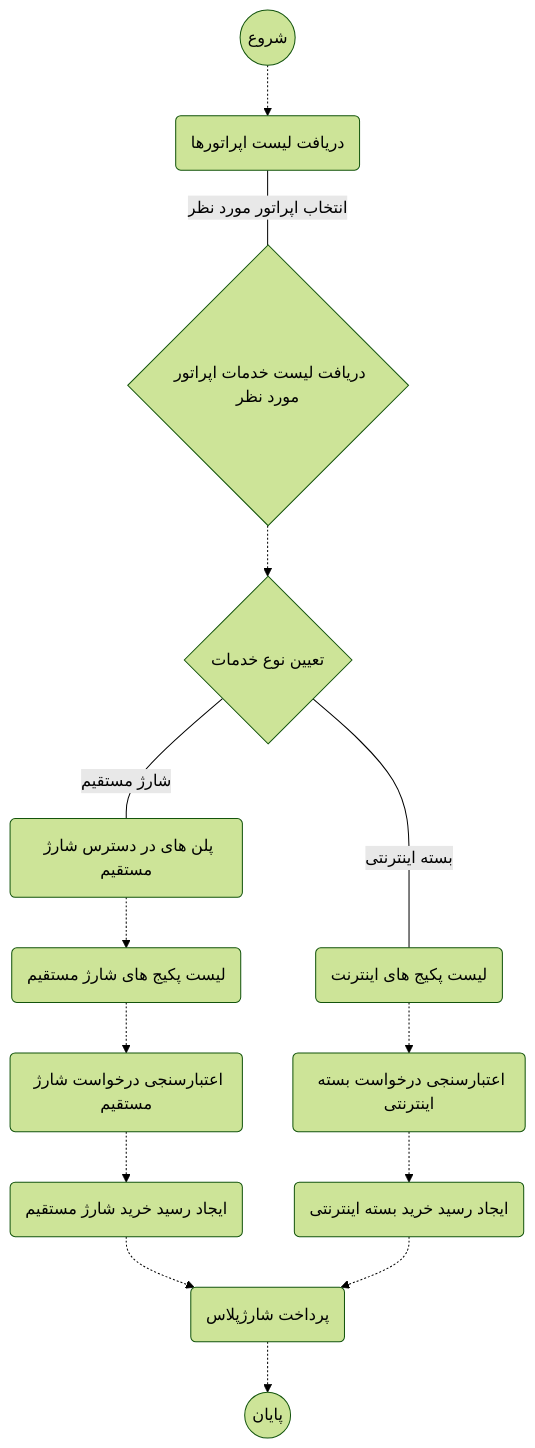
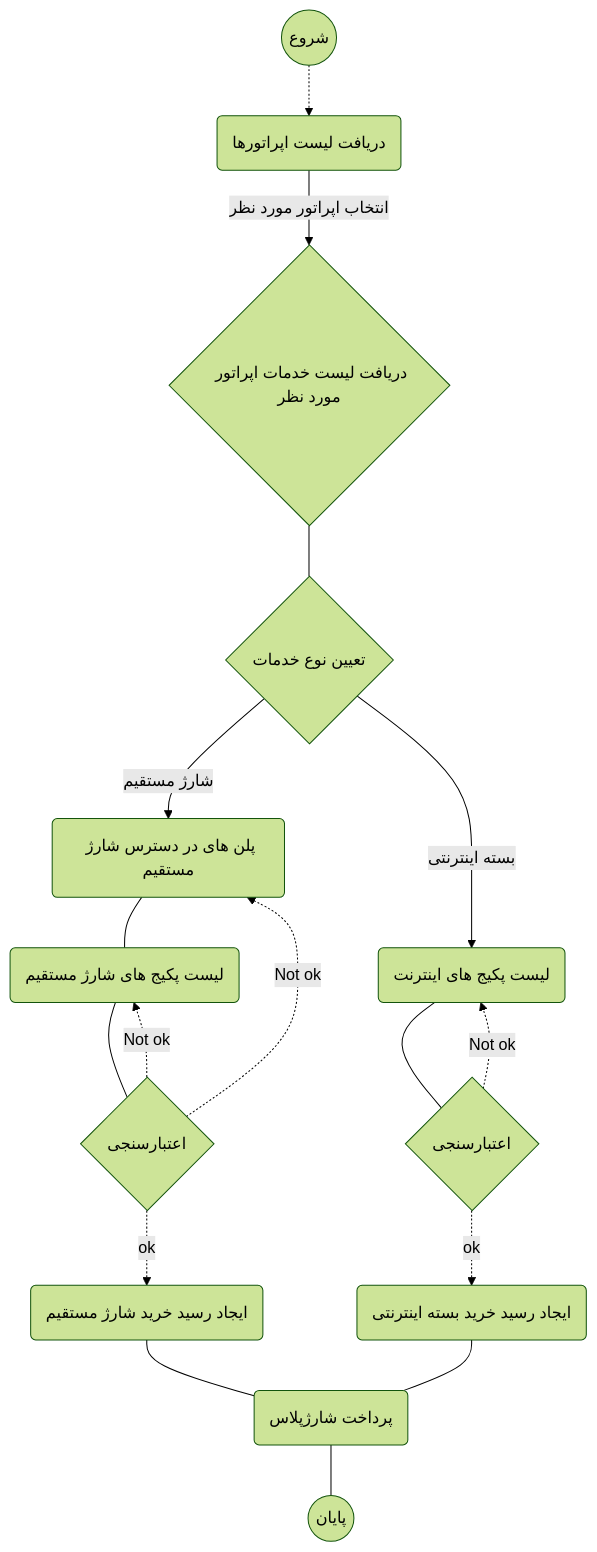
Before and after one commit to podiumir/docs: the diagram in master/شارژ.md, drawn with Mermaid (forest theme).

Commit message:
update charge flowchart

```diff
--- a/master/شارژ.md
+++ b/master/شارژ.md
@@ -26,21 +26,26 @@
 <div class="mermaid">
 graph TD  
 A((شروع))  
 A-.->B  
 B(دریافت لیست اپراتورها)  
-B-- انتخاب اپراتور مورد نظر ---C
-C{دریافت لیست خدمات اپراتور مورد نظر}-.->D
+B--> |انتخاب اپراتور مورد نظر| C
+C{دریافت لیست خدمات اپراتور مورد نظر}---D
 D{تعیین نوع خدمات}  
-D-- شارژ مستقیم ---M
-M(پلن های در دسترس شارژ مستقیم)-.->N
-N(لیست پکیج های شارژ مستقیم)-.->O
-O(اعتبارسنجی درخواست شارژ مستقیم)-.->P
-P(ایجاد رسید خرید شارژ مستقیم)-.->Q
-Q(پرداخت شارژپلاس)-.->Z
-D-- بسته اینترنتی ---F
-F(لیست پکیج های اینترنت)-.->G 
-G(اعتبارسنجی درخواست بسته اینترنتی)-.->H
-H(ایجاد رسید خرید بسته اینترنتی)-.->Q
+D--> |شارژ مستقیم| M
+M(پلن های در دسترس شارژ مستقیم)---N
+N(لیست پکیج های شارژ مستقیم)---O
+O{اعتبارسنجی}
+O-.-> |Not ok| N
+O-.-> |Not ok| M
+O-.-> |ok| P
+P(ایجاد رسید خرید شارژ مستقیم)---Q
+Q(پرداخت شارژپلاس)---Z
+D--> |بسته اینترنتی| F
+F(لیست پکیج های اینترنت)---G 
+G{اعتبارسنجی}
+G-.-> |Not ok| F
+G-.-> |ok| H
+H(ایجاد رسید خرید بسته اینترنتی)---Q
 Z((پایان))
 
 </div>
```
